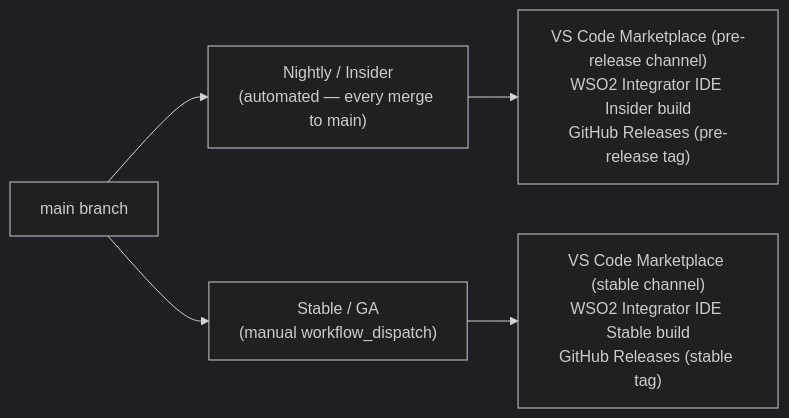
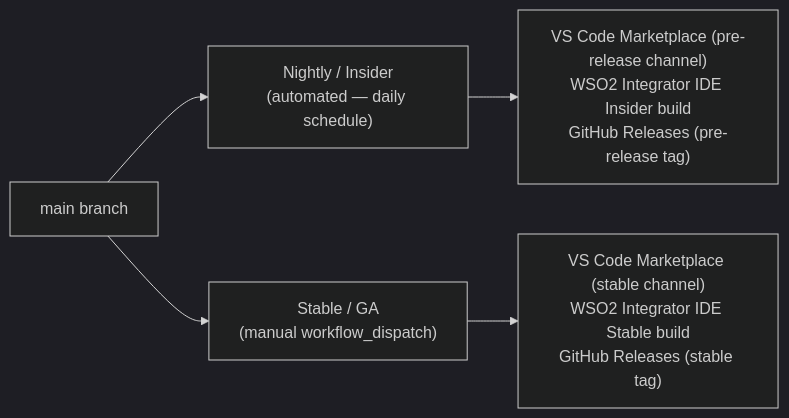
The second of 2 diagrams in docs/04-cicd-pipelines.md (NipunaRanasinghe/wso2i-process-guides), drawn with Mermaid (dark theme) before and after one commit. The commit also changed other lines of this file and 10 other files, not shown here.

````diff
--- a/docs/04-cicd-pipelines.md
+++ b/docs/04-cicd-pipelines.md
@@ -49,7 +36,7 @@
 ```mermaid
 graph LR
-    M["main branch"] --> N["Nightly / Insider<br>(automated — every merge to main)"]
+    M["main branch"] --> N["Nightly / Insider<br>(automated — daily schedule)"]
     M --> S["Stable / GA<br>(manual workflow_dispatch)"]
     N --> NT["VS Code Marketplace (pre-release channel)<br>WSO2 Integrator IDE Insider build<br>GitHub Releases (pre-release tag)"]
     S --> ST["VS Code Marketplace (stable channel)<br>WSO2 Integrator IDE Stable build<br>GitHub Releases (stable tag)"]
 ```
````
